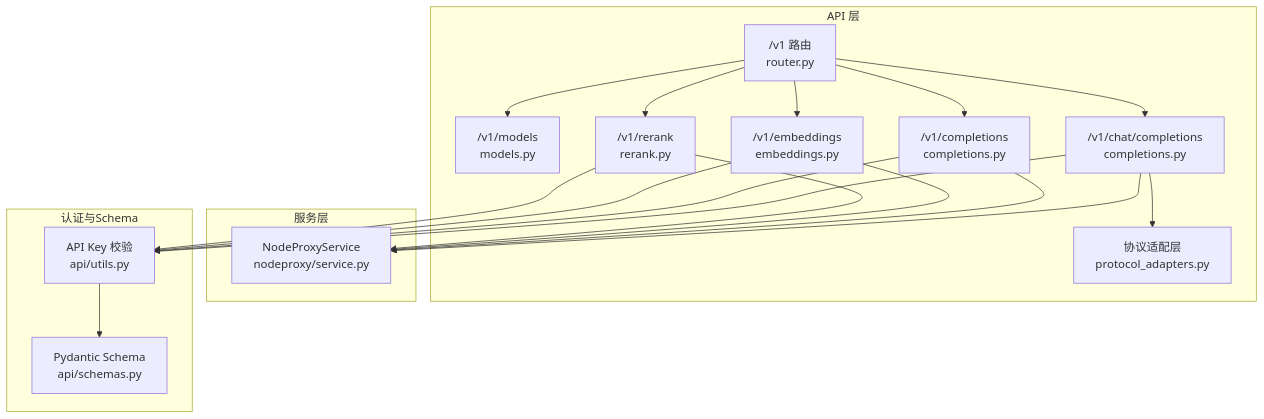
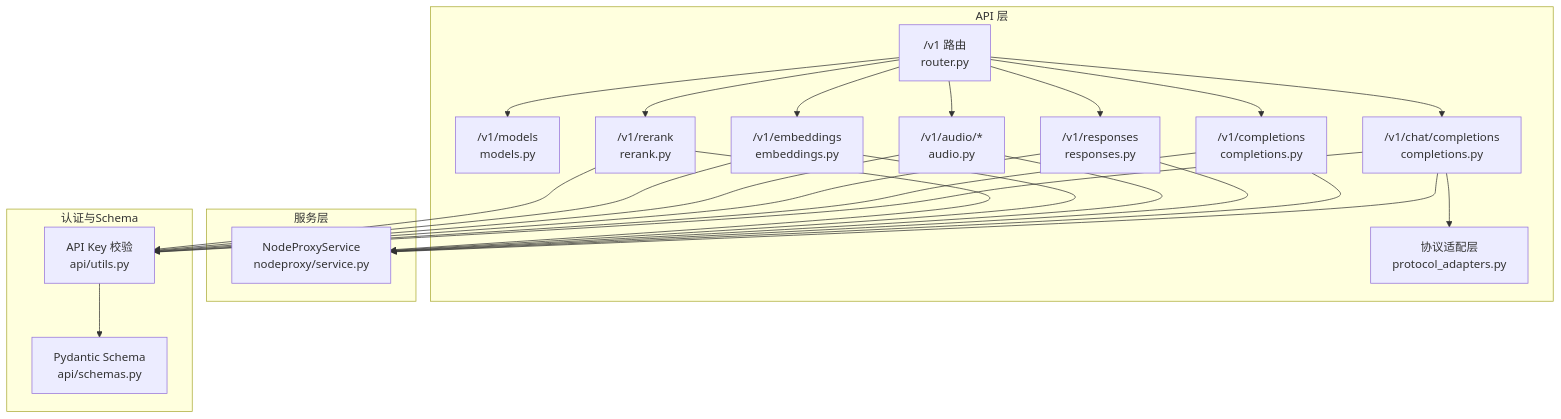
The first of 5 diagrams in docs/wiki/content/API参考文档/模型服务API/OpenAI兼容API.md (snz1dp/apiproxy), drawn with Mermaid before and after one commit. The commit also changed other lines of this file and 18 other files, not shown here.

````diff
--- a/docs/wiki/content/API参考文档/模型服务API/OpenAI兼容API.md
+++ b/docs/wiki/content/API参考文档/模型服务API/OpenAI兼容API.md
@@ -66,34 +73,42 @@
 ```mermaid
 graph TB
 subgraph "API 层"
 R["/v1 路由<br/>router.py"]
 M["/v1/models<br/>models.py"]
 C["/v1/chat/completions<br/>completions.py"]
 T["/v1/completions<br/>completions.py"]
+RS["/v1/responses<br/>responses.py"]
+AU["/v1/audio/*<br/>audio.py"]
 E["/v1/embeddings<br/>embeddings.py"]
 Rk["/v1/rerank<br/>rerank.py"]
 P["协议适配层<br/>protocol_adapters.py"]
 end
 subgraph "服务层"
 S["NodeProxyService<br/>nodeproxy/service.py"]
 end
 subgraph "认证与Schema"
 U["API Key 校验<br/>api/utils.py"]
 SC["Pydantic Schema<br/>api/schemas.py"]
 end
 R --> M
 R --> C
 R --> T
+R --> RS
+R --> AU
 R --> E
 C --> P
 R --> Rk
 C --> U
 T --> U
+RS --> U
+AU --> U
 E --> U
 Rk --> U
 C --> S
 T --> S
+RS --> S
+AU --> S
 E --> S
 Rk --> S
 U --> SC
 ```
````
